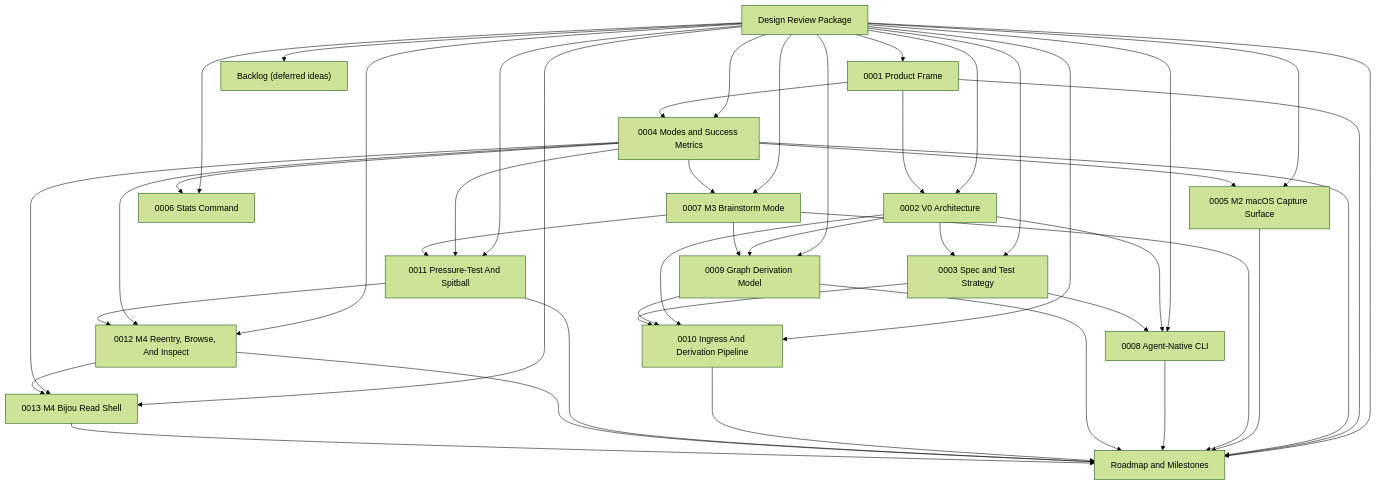
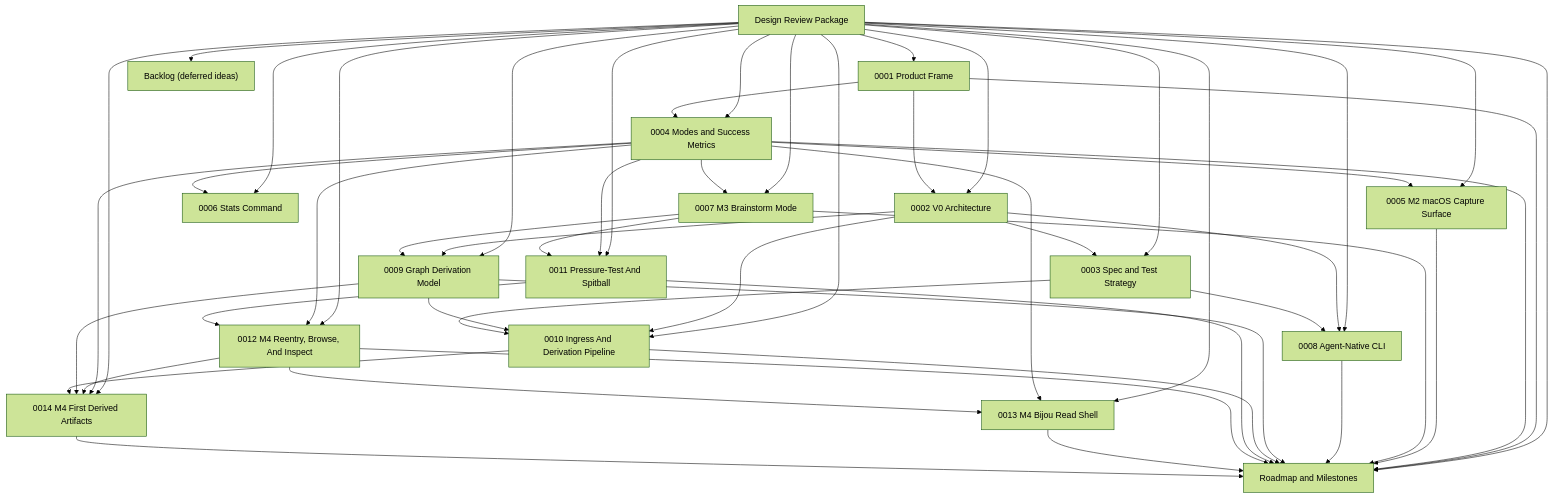
Before and after one commit to flyingrobots/think: the diagram in docs/design/README.md, drawn with Mermaid (forest theme). The commit also changed other lines of this file and 3 other files, not shown here.

Commit message:
Design first M4 derivation artifacts

````diff
--- a/docs/design/README.md
+++ b/docs/design/README.md
@@ -42,47 +43,53 @@
 ```mermaid
 flowchart TD
     R["Design Review Package"] --> P["0001 Product Frame"]
     R --> A["0002 V0 Architecture"]
     R --> T["0003 Spec and Test Strategy"]
     R --> M["0004 Modes and Success Metrics"]
     R --> M2["0005 M2 macOS Capture Surface"]
     R --> S["0006 Stats Command"]
     R --> B3["0007 M3 Brainstorm Mode"]
     R --> A8["0008 Agent-Native CLI"]
     R --> G9["0009 Graph Derivation Model"]
     R --> P10["0010 Ingress And Derivation Pipeline"]
     R --> P11["0011 Pressure-Test And Spitball"]
     R --> P12["0012 M4 Reentry, Browse, And Inspect"]
     R --> P13["0013 M4 Bijou Read Shell"]
+    R --> P14["0014 M4 First Derived Artifacts"]
     R --> RD["Roadmap and Milestones"]
     R --> BL["Backlog (deferred ideas)"]
     P --> A
     P --> M
     A --> T
     P --> RD
     M --> RD
     M --> M2
     M --> S
     M --> B3
     A --> A8
     A --> G9
     A --> P10
     M --> P11
     M --> P12
     M --> P13
+    M --> P14
     B3 --> G9
     B3 --> P11
     P11 --> P12
     P12 --> P13
+    P12 --> P14
     G9 --> P10
+    G9 --> P14
+    P10 --> P14
     T --> A8
     T --> P10
     M2 --> RD
     B3 --> RD
     A8 --> RD
     G9 --> RD
     P10 --> RD
     P11 --> RD
     P12 --> RD
     P13 --> RD
+    P14 --> RD
 ```
````
